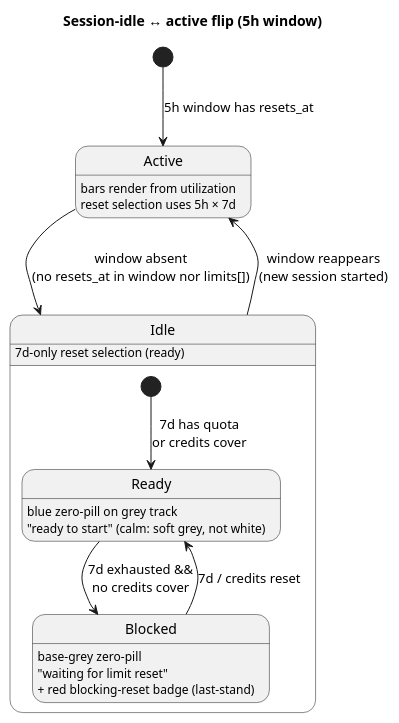
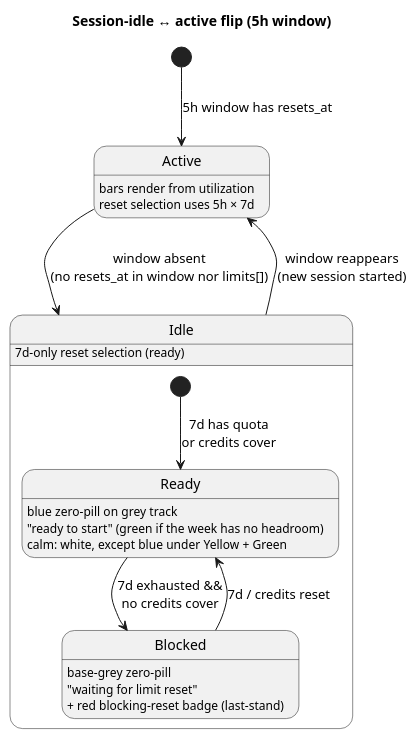
The fifth of 6 diagrams in docs/reference/architecture/data-flow.md (artem-from-ua/tokenpace), drawn with PlantUML before and after one commit. The commit also changed other lines of this file and 9 other files, not shown here.

````diff
--- a/docs/reference/architecture/data-flow.md
+++ b/docs/reference/architecture/data-flow.md
@@ -151,18 +153,18 @@
 ```plantuml
 @startuml
 title Session-idle ↔ active flip (5h window)
 [*] --> Active : 5h window has resets_at
 Active --> Idle : window absent\n(no resets_at in window nor limits[])
 Idle --> Active : window reappears\n(new session started)
 Active : bars render from utilization
 Active : reset selection uses 5h × 7d
 state Idle {
   [*] --> Ready : 7d has quota\nor credits cover
   Ready --> Blocked : 7d exhausted &&\nno credits cover
   Blocked --> Ready : 7d / credits reset
-  Ready : blue zero-pill on grey track\n"ready to start" (calm: soft grey, not white)
+  Ready : blue zero-pill on grey track\n"ready to start" (green if the week has no headroom)\ncalm: white, except blue under Yellow + Green
   Blocked : base-grey zero-pill\n"waiting for limit reset"\n+ red blocking-reset badge (last-stand)
 }
 Idle : 7d-only reset selection (ready)
 @enduml
 ```
````
